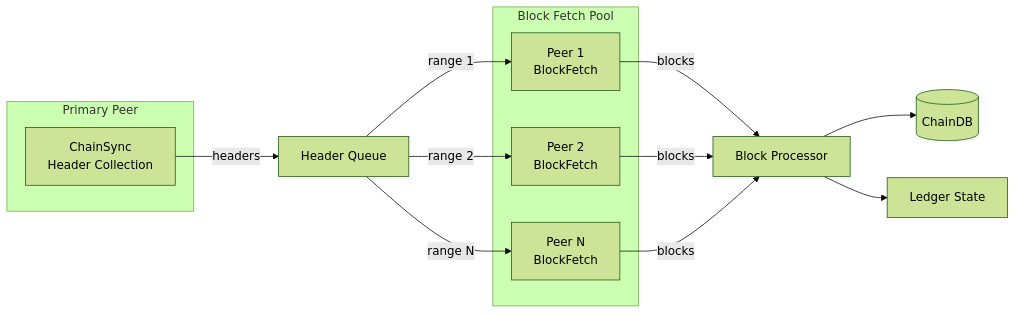
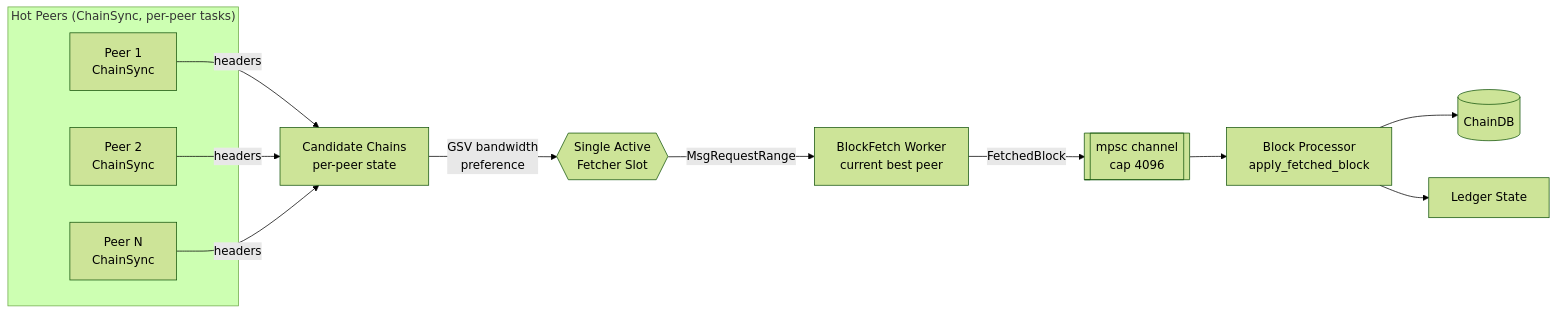
One commit to michaeljfazio/dugite changed the diagram in docs/src/architecture/sync-pipeline.md. Above: the diagram before and after it, drawn with Mermaid (forest theme). The commit also changed other lines of this file and 54 other files, not shown here.

````diff
--- a/docs/src/architecture/sync-pipeline.md
+++ b/docs/src/architecture/sync-pipeline.md
@@ -7,25 +9,22 @@
 ```mermaid
 flowchart LR
-    subgraph Primary Peer
-        CS[ChainSync<br/>Header Collection]
+    subgraph "Hot Peers (ChainSync, per-peer tasks)"
+        CS1[Peer 1<br/>ChainSync]
+        CS2[Peer 2<br/>ChainSync]
+        CS3[Peer N<br/>ChainSync]
     end
 
-    CS -->|headers| HQ[Header Queue]
+    CS1 -->|headers| CC[Candidate Chains<br/>per-peer state]
+    CS2 -->|headers| CC
+    CS3 -->|headers| CC
 
-    subgraph Block Fetch Pool
-        BF1[Peer 1<br/>BlockFetch]
-        BF2[Peer 2<br/>BlockFetch]
-        BF3[Peer N<br/>BlockFetch]
-    end
+    CC -->|GSV bandwidth<br/>preference| SLOT{{Single Active<br/>Fetcher Slot}}
 
-    HQ -->|range 1| BF1
-    HQ -->|range 2| BF2
-    HQ -->|range N| BF3
+    SLOT -->|MsgRequestRange| BF[BlockFetch Worker<br/>current best peer]
 
-    BF1 -->|blocks| BP[Block Processor]
-    BF2 -->|blocks| BP
-    BF3 -->|blocks| BP
+    BF -->|FetchedBlock| CHAN[[mpsc channel<br/>cap 4096]]
+    CHAN --> BP[Block Processor<br/>apply_fetched_block]
 
     BP --> CDB[(ChainDB)]
     BP --> LS[Ledger State]
 ```
````
